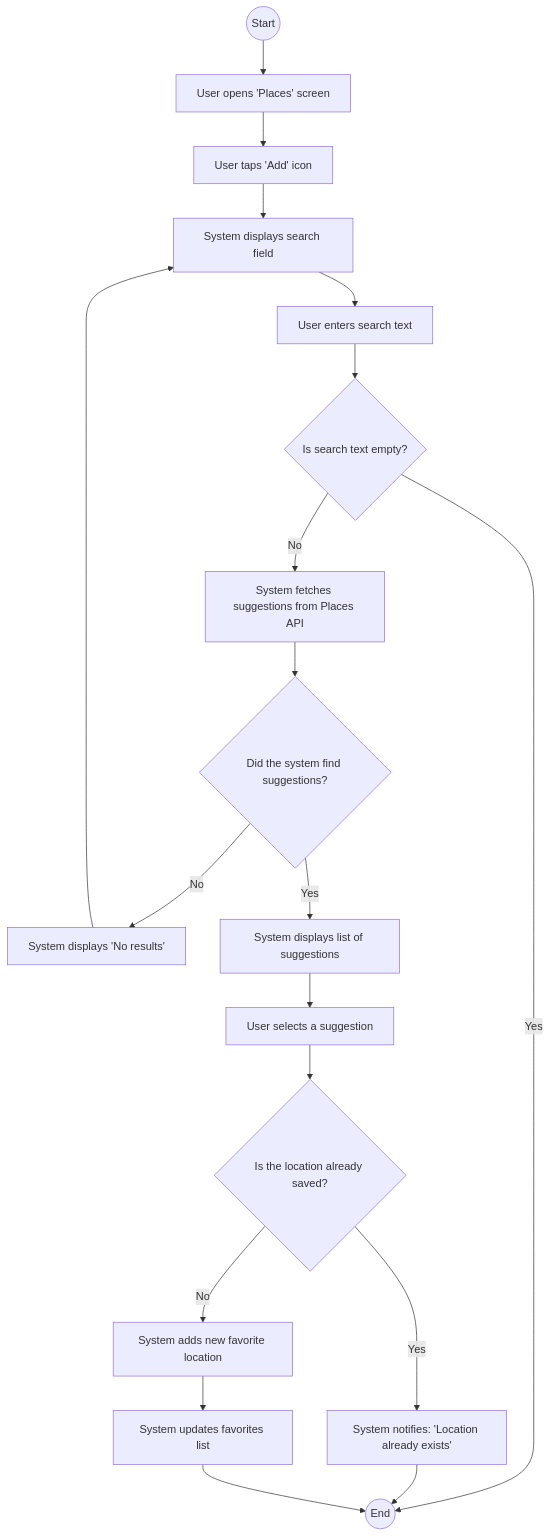
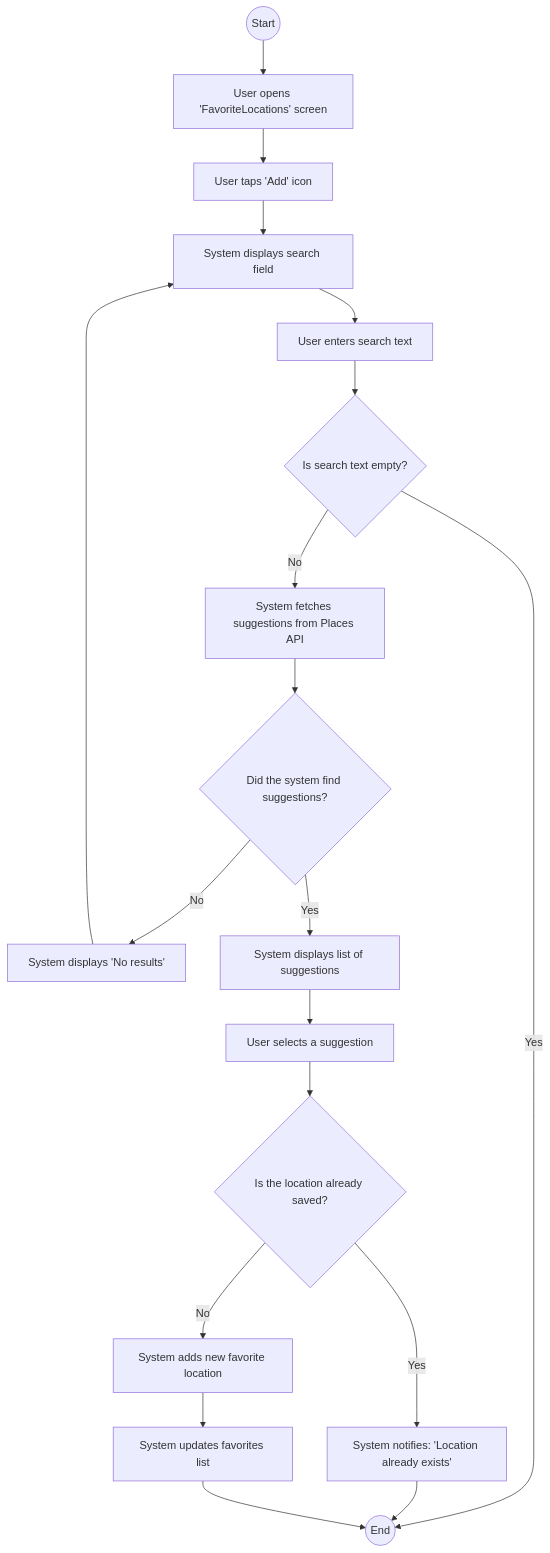
One commit to GithubTechsupport/VaerAktiv changed the diagram in diagrams/add_favorite_location/activitydiagram.md. Above: the diagram before and after it, drawn with Mermaid. The commit also changed 33 other files, not shown here.

````diff
--- a/diagrams/add_favorite_location/activitydiagram.md
+++ b/diagrams/add_favorite_location/activitydiagram.md
@@ -1,30 +1,30 @@
 ```mermaid
 flowchart TD;
   Start((Start))
-  Navigate[User opens 'Places' screen]
+  Navigate[User opens 'FavoriteLocations' screen]
   PressAdd[User taps 'Add' icon]
   ShowSearchField[System displays search field]
   EnterSearch[User enters search text]
   DecText{Is search text empty?}
   FetchSuggestions[System fetches suggestions from Places API]
   DecSuggestions{Did the system find suggestions?}
   ShowNoResults[System displays 'No results']
   ShowSuggestions[System displays list of suggestions]
   SelectSuggestion[User selects a suggestion]
   DecExists{Is the location already saved?}
   ShowExists[System notifies: 'Location already exists']
   AddLocation[System adds new favorite location]
   UpdateList[System updates favorites list]
   End((End))
 
   Start --> Navigate --> PressAdd --> ShowSearchField --> EnterSearch --> DecText
   DecText -- Yes --> End
   DecText -- No --> FetchSuggestions --> DecSuggestions
 
   DecSuggestions -- No --> ShowNoResults --> ShowSearchField
   DecSuggestions -- Yes --> ShowSuggestions --> SelectSuggestion --> DecExists
 
   DecExists -- Yes --> ShowExists --> End
   DecExists -- No --> AddLocation --> UpdateList --> End
 
 ```
````
